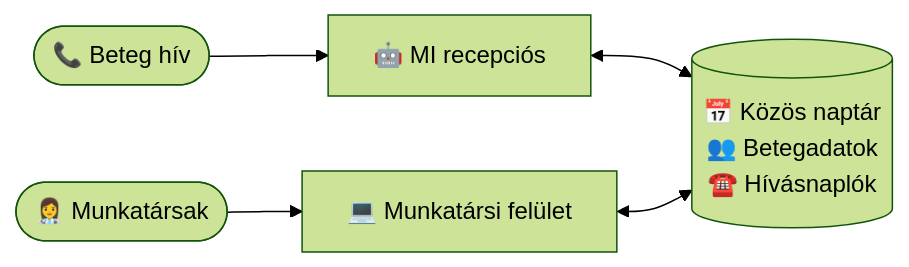
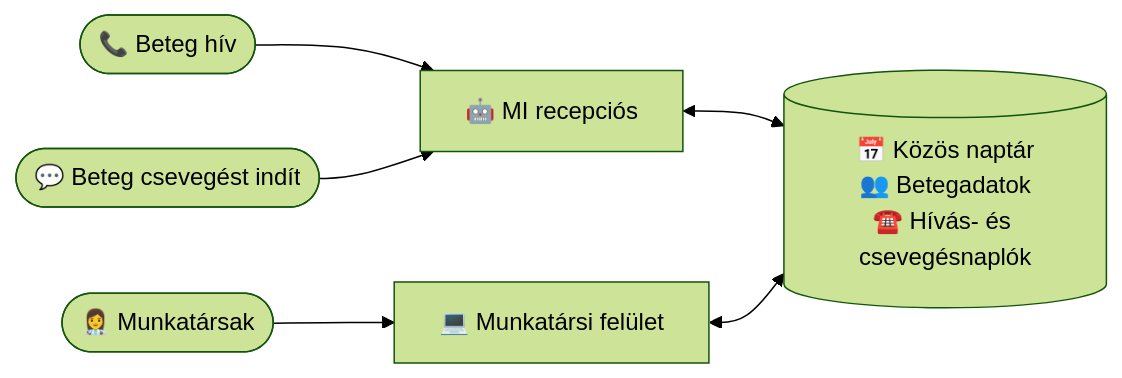
The first of 2 diagrams in docs/user-guide.hu.md (hbela/sunshine-dental), drawn with Mermaid (forest theme) before and after one commit. The commit also changed other lines of this file and 39 other files, not shown here.

````diff
--- a/docs/user-guide.hu.md
+++ b/docs/user-guide.hu.md
@@ -52,7 +64,8 @@
 ```mermaid
 flowchart LR
     Patient([📞 Beteg hív]) --> AI[🤖 MI recepciós]
-    AI <--> Core[(📅 Közös naptár<br/>👥 Betegadatok<br/>☎️ Hívásnaplók)]
+    Chat([💬 Beteg csevegést indít]) --> AI
+    AI <--> Core[(📅 Közös naptár<br/>👥 Betegadatok<br/>☎️ Hívás- és csevegésnaplók)]
     Staff([👩‍⚕️ Munkatársak]) --> Dashboard[💻 Munkatársi felület]
     Dashboard <--> Core
 ```
````
